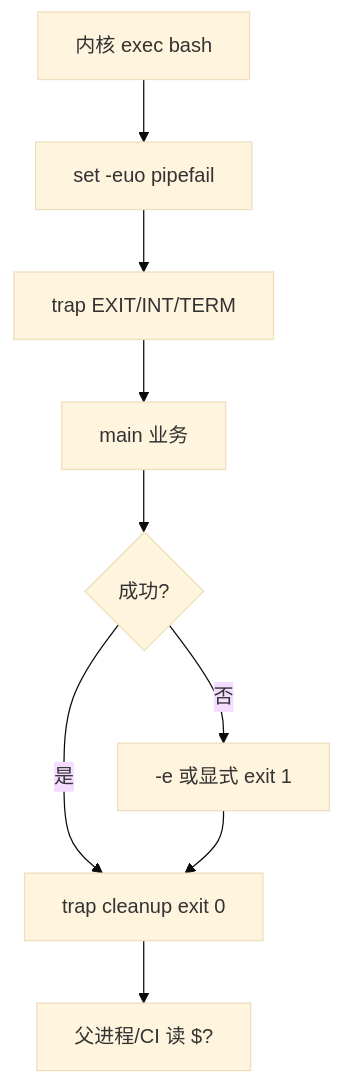
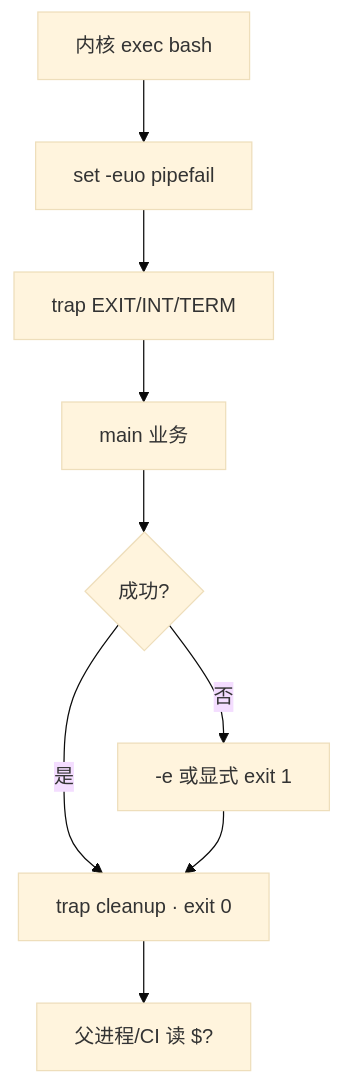
Before and after one commit to ml-cuizijun/LearnToLilith: the first of 2 diagrams in 05-开发能力/01-Shell/02-脚本骨架与三开关/知识点.md, drawn with Mermaid (base theme). The commit also changed other lines of this file and 178 other files, not shown here.

````diff
--- a/05-开发能力/01-Shell/02-脚本骨架与三开关/知识点.md
+++ b/05-开发能力/01-Shell/02-脚本骨架与三开关/知识点.md
@@ -88,11 +84,11 @@
 ```mermaid
 flowchart TB
     A[内核 exec bash] --> B[set -euo pipefail]
     B --> C[trap EXIT/INT/TERM]
     C --> D[main 业务]
     D --> E{成功?}
-    E -->|是| F[trap cleanup exit 0]
+    E -->|是| F[trap cleanup · exit 0]
     E -->|否| G[-e 或显式 exit 1]
     G --> F
     F --> H[父进程/CI 读 $?]
 ```
````
